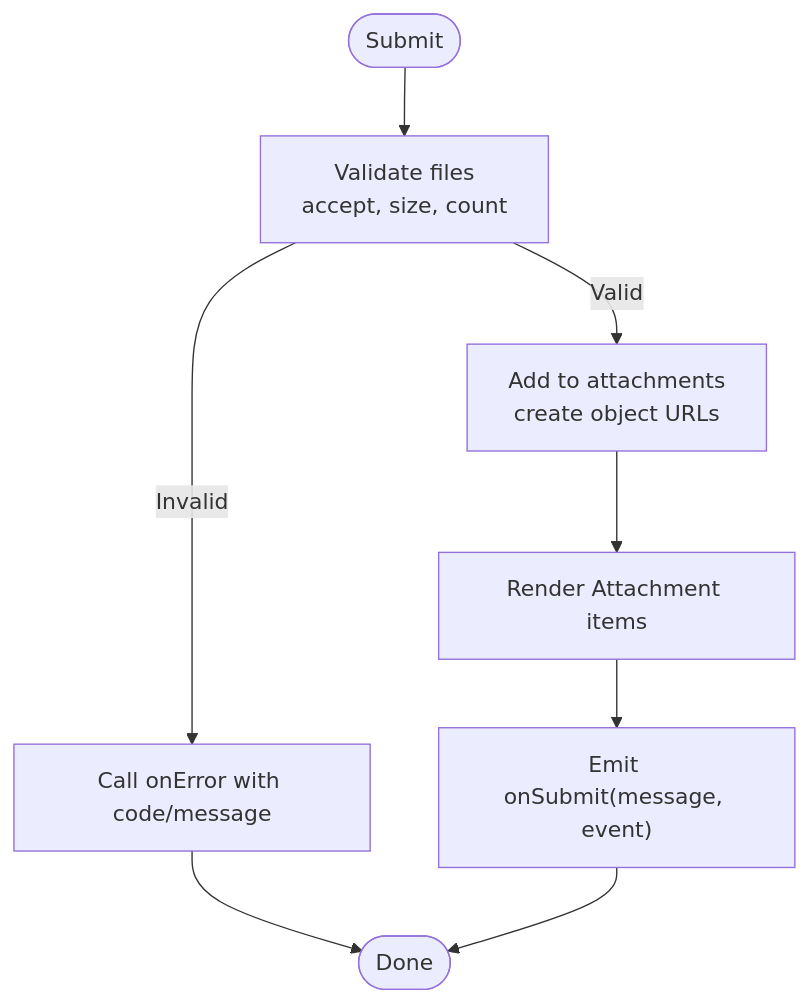
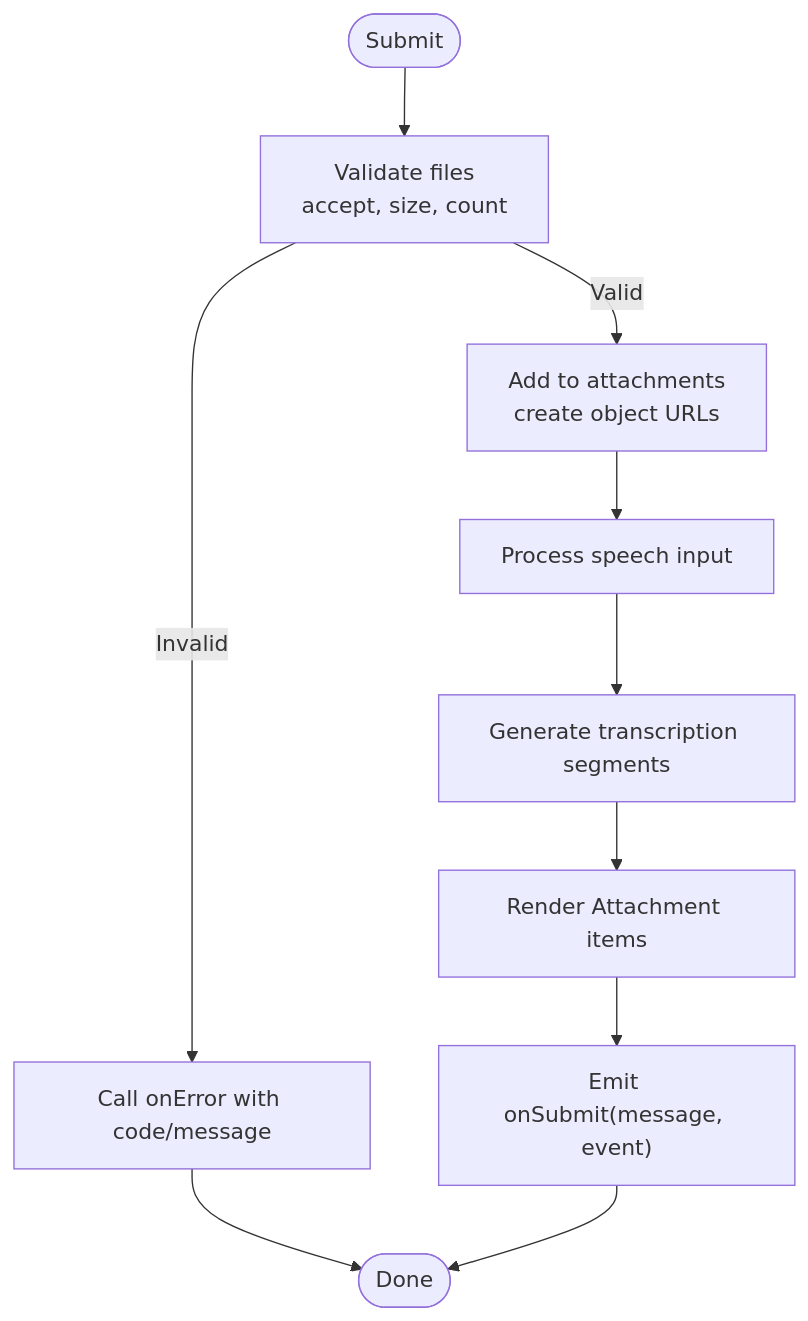
One commit to MudassarAbrar/FreshRoute-Ai changed the fourth of 8 diagrams in .qoder/repowiki/en/content/AI Integration/AI Elements Interface.md. Above: the diagram before and after it, drawn with Mermaid. The commit also changed other lines of this file and 105 other files, not shown here.

````diff
--- a/.qoder/repowiki/en/content/AI Integration/AI Elements Interface.md
+++ b/.qoder/repowiki/en/content/AI Integration/AI Elements Interface.md
@@ -219,10 +334,12 @@
 ```mermaid
 flowchart TD
 Start(["Submit"]) --> Validate["Validate files<br/>accept, size, count"]
 Validate --> |Valid| AddFiles["Add to attachments<br/>create object URLs"]
 Validate --> |Invalid| Error["Call onError with code/message"]
-AddFiles --> Render["Render Attachment items"]
+AddFiles --> ProcessSpeech["Process speech input"]
+ProcessSpeech --> Transcribe["Generate transcription segments"]
+Transcribe --> Render["Render Attachment items"]
 Render --> Submit["Emit onSubmit(message, event)"]
 Error --> End(["Done"])
 Submit --> End
 ```
````
